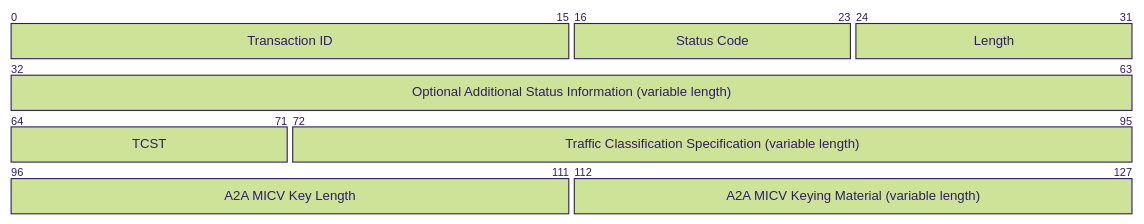
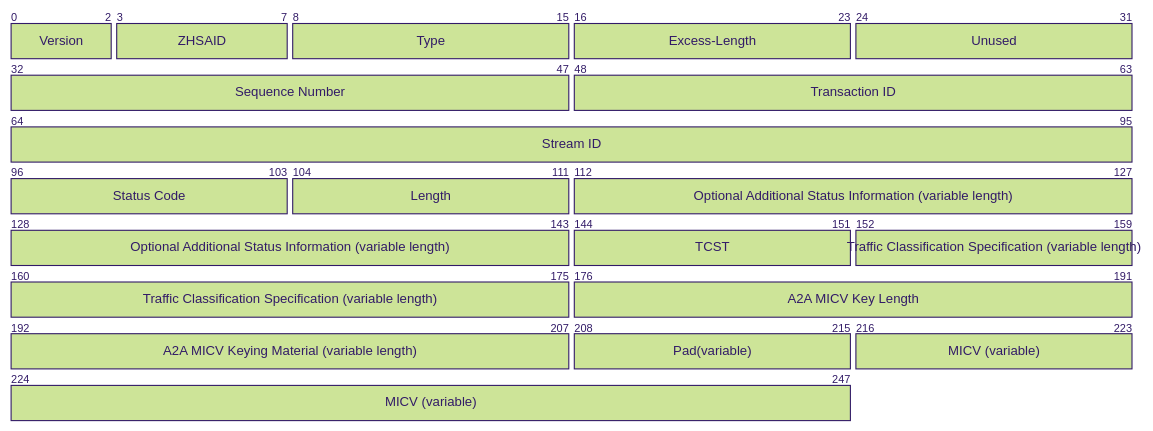
One commit to org-zpr/zpr-rfcs changed diagram 25 of 43 in src/17-ZPR-Data-Protocol/body.md. Above: the diagram before and after it, drawn with Mermaid (forest theme). The commit also changed other lines of this file, not shown here.

````diff
--- a/src/17-ZPR-Data-Protocol/body.md
+++ b/src/17-ZPR-Data-Protocol/body.md
@@ -3239,12 +3575,21 @@
 ``` mermaid
 %%| fig-cap: Bind and Unbind Endpoint Address Response Management Message Data
 packet
++3: "Version"
++5: "ZHSAID"
++8: "Type"
++8: "Excess-Length"
++8: "Unused"
++16: "Sequence Number"
 +16: "Transaction ID"
++32: "Stream ID"
 +8: "Status Code"
 +8: "Length"
 +32: "Optional Additional Status Information (variable length)"
 +8: "TCST"
 +24: "Traffic Classification Specification (variable length)"
 +16: "A2A MICV Key Length"
 +16: "A2A MICV Keying Material (variable length)"
++8: "Pad(variable)"
++32: "MICV (variable)"
 ```
````
